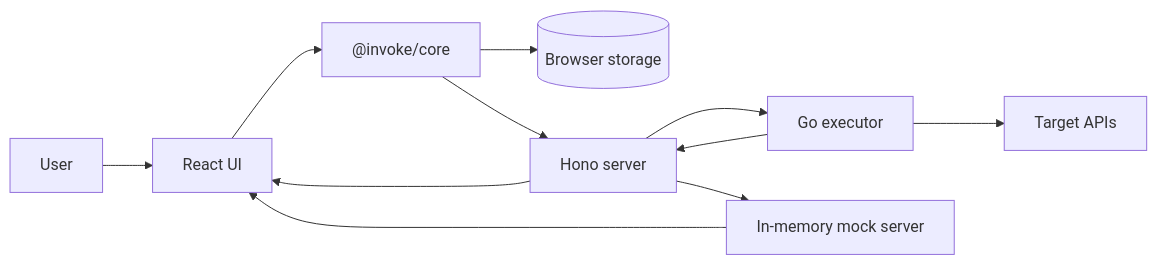
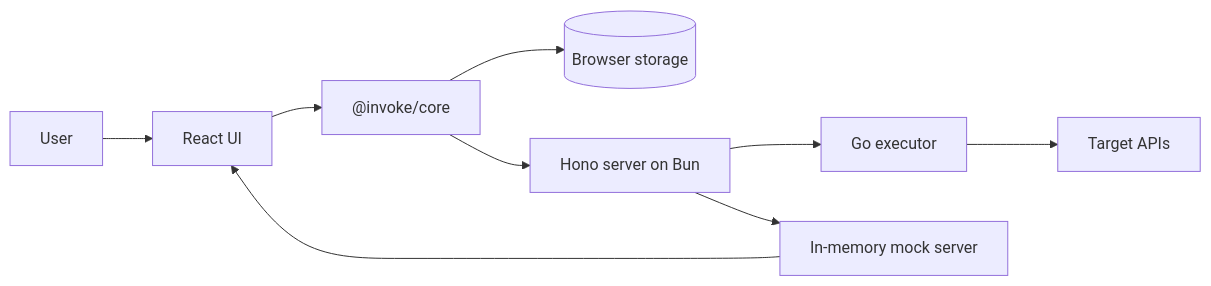
The diagram in README.md (brendatamaar/invoke), drawn with Mermaid before and after one commit. The commit also changed other lines of this file and 2 other files, not shown here.

````diff
--- a/README.md
+++ b/README.md
@@ -292,13 +19,11 @@
 ```mermaid
 flowchart LR
   User --> UI[React UI]
   UI --> Core["@invoke/core"]
   Core --> Storage[(Browser storage)]
-  Core --> Server[Hono server]
+  Core --> Server[Hono server on Bun]
   Server --> Executor[Go executor]
   Executor --> API[Target APIs]
   Server --> Mock[In-memory mock server]
   Mock --> UI
-  Executor --> Server
-  Server --> UI
 ```
````
